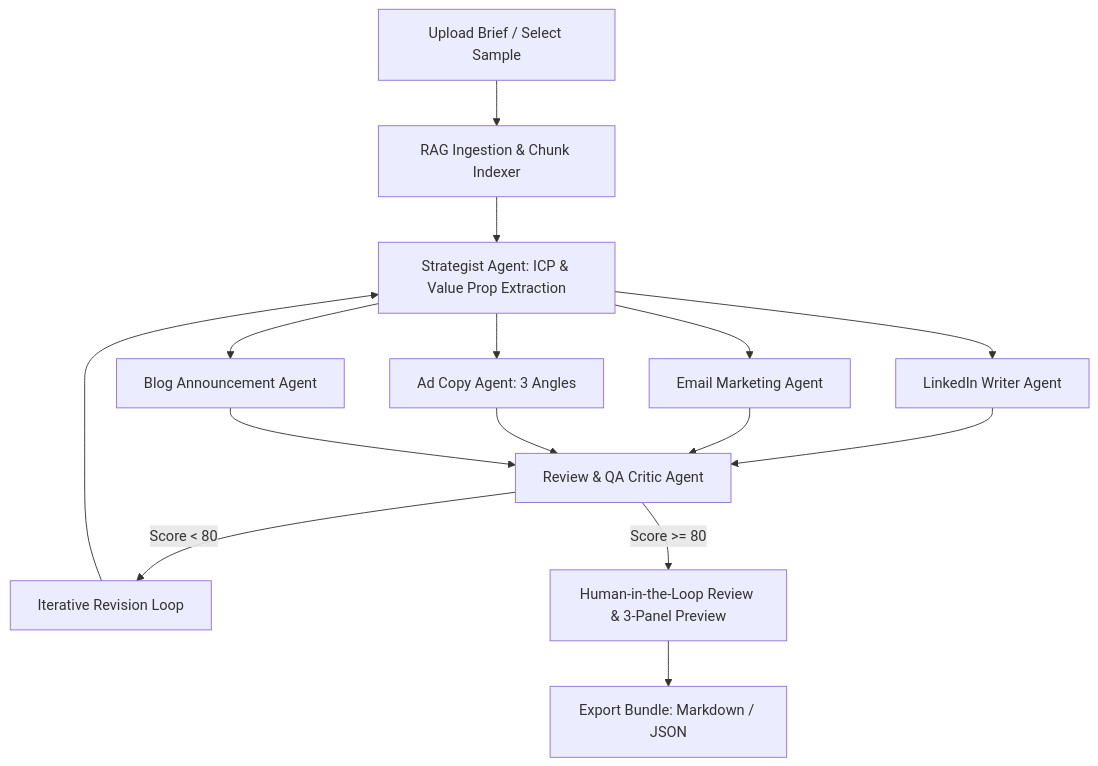
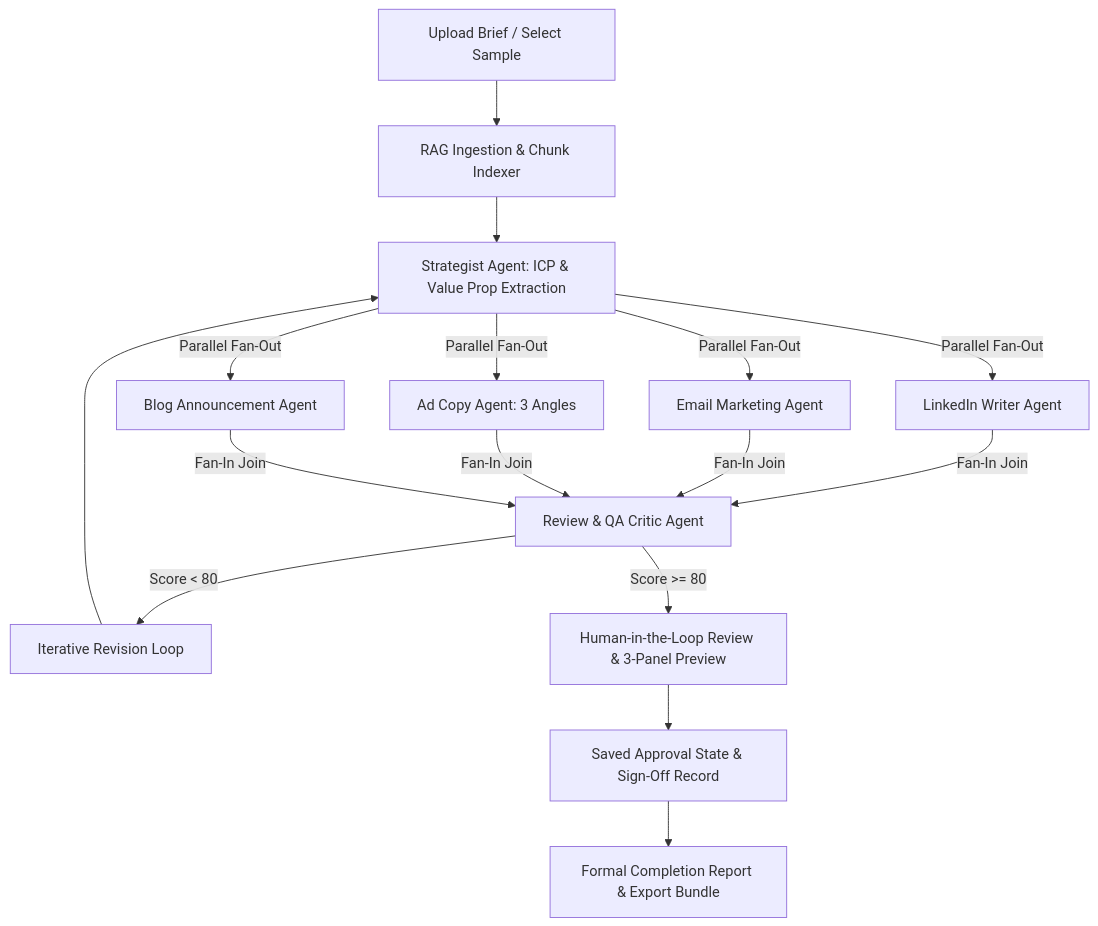
Before and after one commit to dyidesi/Multi-Agent-GTM-Content-Engine: the diagram in README.md, drawn with Mermaid. The commit also changed other lines of this file and 6 other files, not shown here.

Commit message:
Implement true parallel fan-out/fan-in in LangGraph, add Completion Report & Saved Approval State tab, and update README/docs with YouTube demo section

````diff
--- a/README.md
+++ b/README.md
@@ -15,17 +24,26 @@
 ```mermaid
 graph TD
     A[Upload Brief / Select Sample] --> B[RAG Ingestion & Chunk Indexer]
     B --> C[Strategist Agent: ICP & Value Prop Extraction]
-    C --> D1[LinkedIn Writer Agent]
-    C --> D2[Email Marketing Agent]
-    C --> D3[Ad Copy Agent: 3 Angles]
-    C --> D4[Blog Announcement Agent]
-    D1 --> E[Review & QA Critic Agent]
-    D2 --> E
-    D3 --> E
-    D4 --> E
+    
+    %% Parallel Fan-Out
+    C -->|Parallel Fan-Out| D1[LinkedIn Writer Agent]
+    C -->|Parallel Fan-Out| D2[Email Marketing Agent]
+    C -->|Parallel Fan-Out| D3[Ad Copy Agent: 3 Angles]
+    C -->|Parallel Fan-Out| D4[Blog Announcement Agent]
+    
+    %% Parallel Fan-In
+    D1 -->|Fan-In Join| E[Review & QA Critic Agent]
+    D2 -->|Fan-In Join| E
+    D3 -->|Fan-In Join| E
+    D4 -->|Fan-In Join| E
+    
+    %% Review Feedback Loop
     E -->|Score < 80| F[Iterative Revision Loop]
     F --> C
+    
+    %% Human Sign-off & Completion
     E -->|Score >= 80| G[Human-in-the-Loop Review & 3-Panel Preview]
-    G --> H[Export Bundle: Markdown / JSON]
+    G --> H[Saved Approval State & Sign-Off Record]
+    H --> I[Formal Completion Report & Export Bundle]
 ```
````
